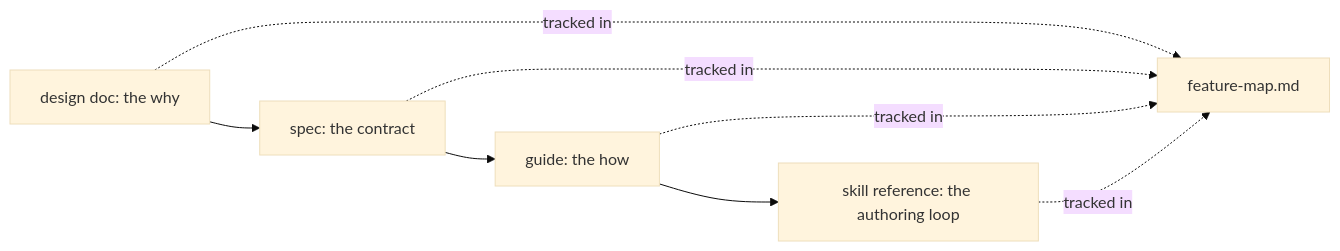
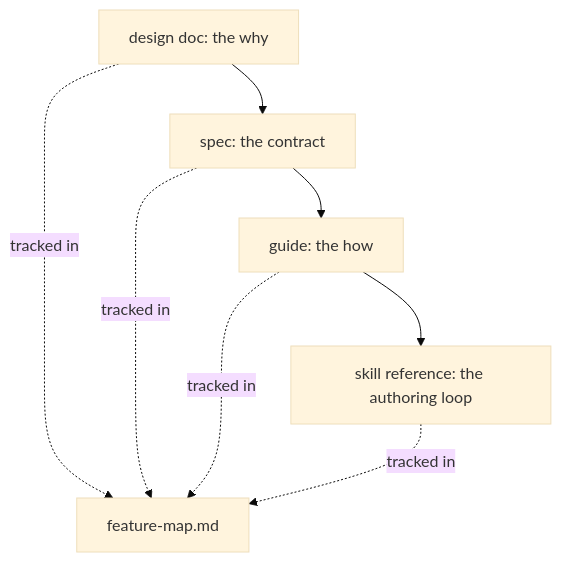
One commit to noormdev/ignatius changed the first of 2 diagrams in docs/wiki/docs.md. Above: the diagram before and after it, drawn with Mermaid (base theme). The commit also changed other lines of this file and 86 other files, not shown here.

````diff
--- a/docs/wiki/docs.md
+++ b/docs/wiki/docs.md
@@ -23,10 +23,11 @@
 ```mermaid
-flowchart LR
-    A[design doc: the why] --> B[spec: the contract]
-    B --> C[guide: the how]
-    C --> D[skill reference: the authoring loop]
-    A -.tracked in.-> E[feature-map.md]
+flowchart TD
+    %% source: docs/wiki/feature-map.md; docs/design, docs/spec, docs/guides
+    A["design doc: the why"] --> B["spec: the contract"]
+    B --> C["guide: the how"]
+    C --> D["skill reference: the authoring loop"]
+    A -.tracked in.-> E["feature-map.md"]
     B -.tracked in.-> E
     C -.tracked in.-> E
     D -.tracked in.-> E
 ```
````
